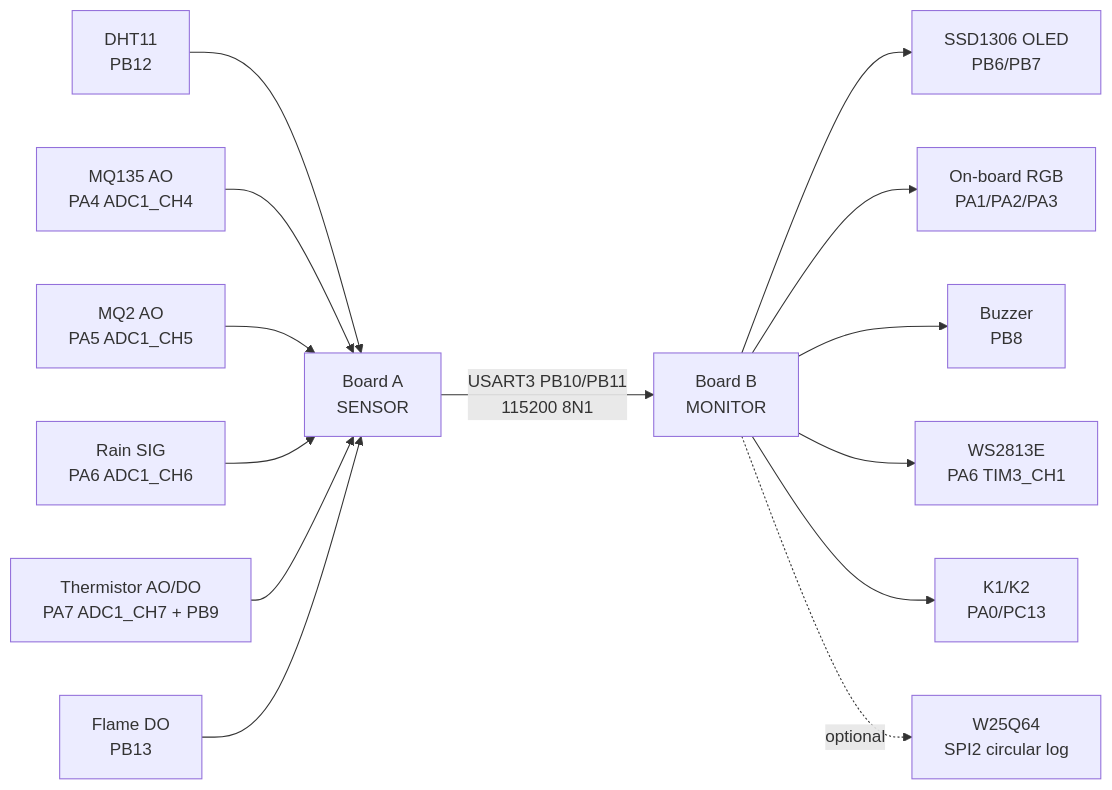
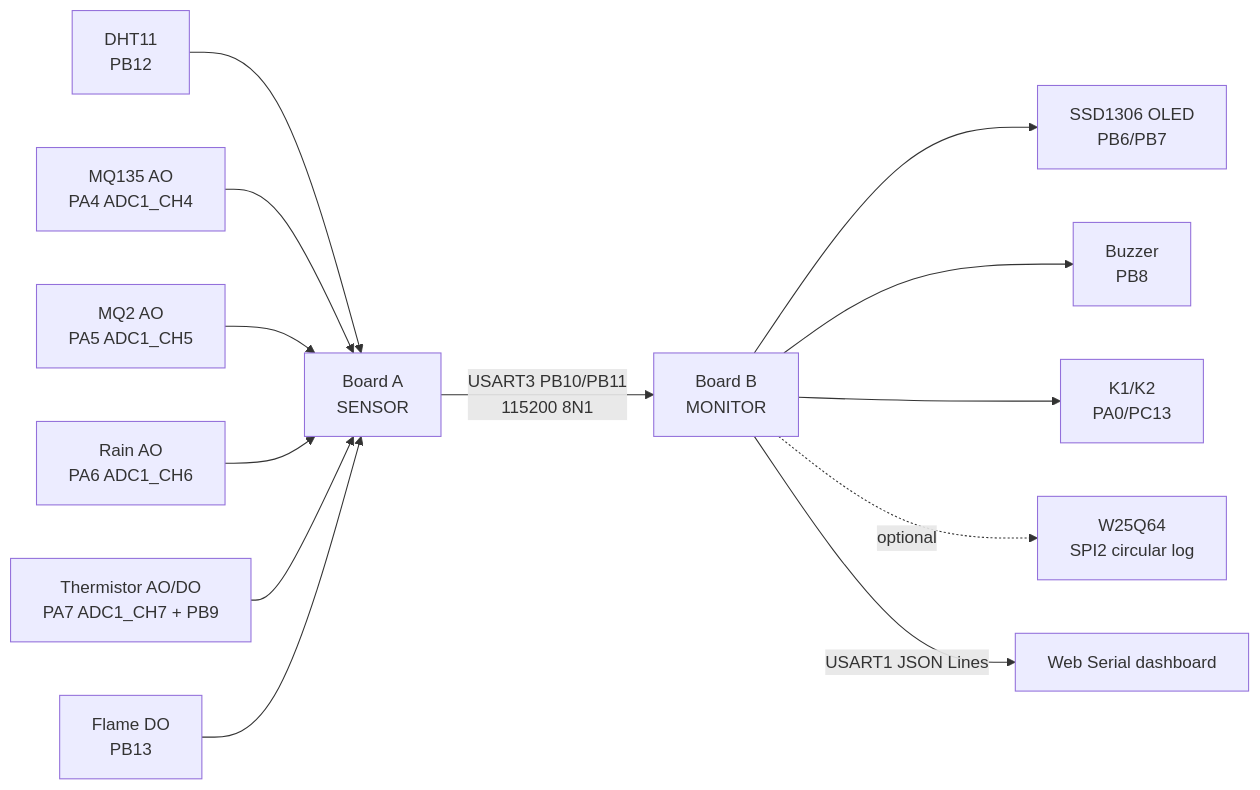
Before and after one commit to Cusnd/dual-stm32-safety-monitor: the diagram in README.md, drawn with Mermaid. The commit also changed other lines of this file and 63 other files, not shown here.

Commit message:
Update backend architecture docs and firmware modules

````diff
--- a/README.md
+++ b/README.md
@@ -22,16 +22,15 @@
 ```mermaid
 flowchart LR
   DHT11[DHT11<br/>PB12] --> A[Board A<br/>SENSOR]
   MQ135[MQ135 AO<br/>PA4 ADC1_CH4] --> A
   MQ2[MQ2 AO<br/>PA5 ADC1_CH5] --> A
-  Rain[Rain SIG<br/>PA6 ADC1_CH6] --> A
+  Rain[Rain AO<br/>PA6 ADC1_CH6] --> A
   Therm[Thermistor AO/DO<br/>PA7 ADC1_CH7 + PB9] --> A
   Flame[Flame DO<br/>PB13] --> A
   A -- USART3 PB10/PB11<br/>115200 8N1 --> B[Board B<br/>MONITOR]
   B --> OLED[SSD1306 OLED<br/>PB6/PB7]
-  B --> RGB[On-board RGB<br/>PA1/PA2/PA3]
   B --> Buzz[Buzzer<br/>PB8]
-  B --> ExtRGB[WS2813E<br/>PA6 TIM3_CH1]
   B --> Keys[K1/K2<br/>PA0/PC13]
   B -. optional .-> Flash[W25Q64<br/>SPI2 circular log]
+  B -- USART1 JSON Lines --> Web[Web Serial dashboard]
 ```
````
